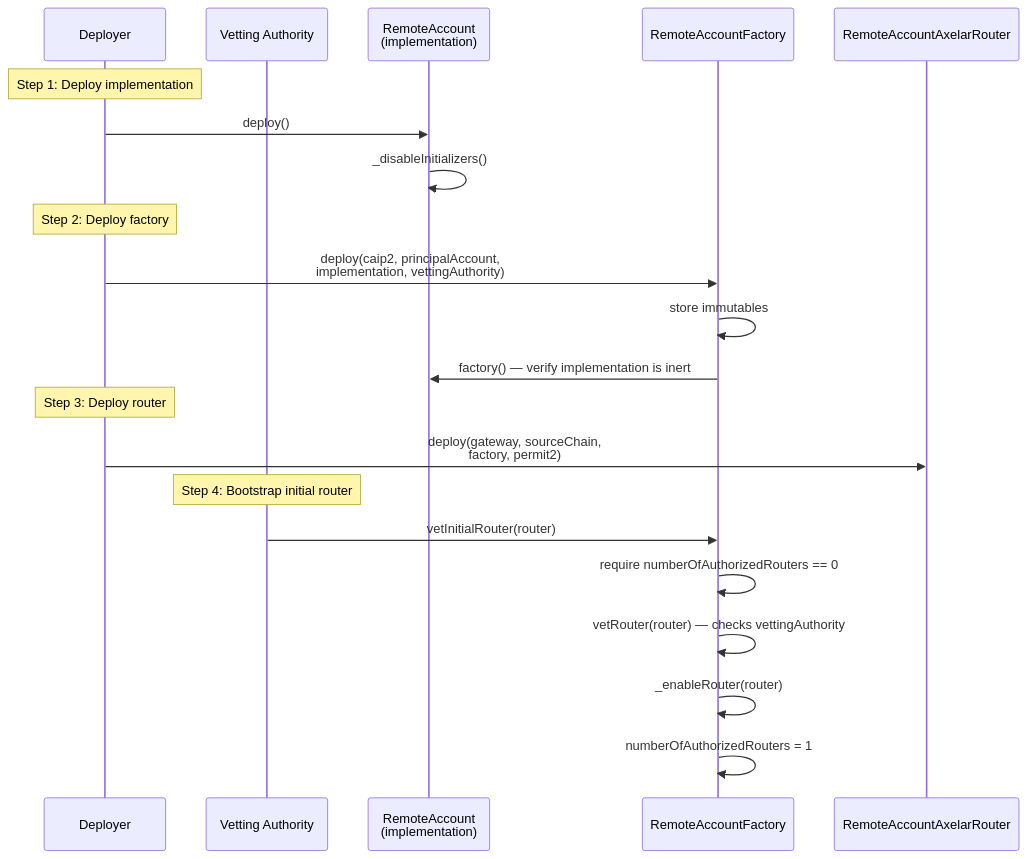
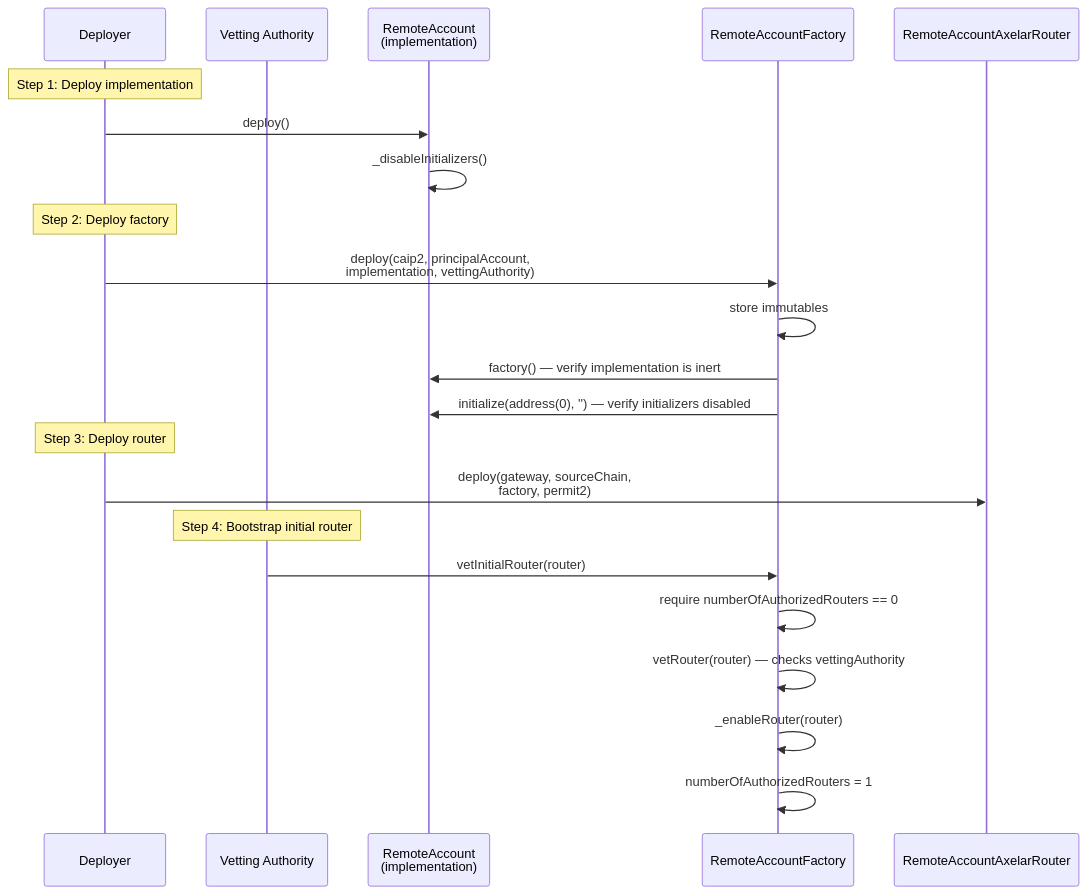
The seventh of 10 diagrams in packages/axelar-local-dev-cosmos/src/contracts/design.md (agoric-labs/agoric-to-axelar-local), drawn with Mermaid before and after one commit. The commit also changed other lines of this file, not shown here.

````diff
--- a/packages/axelar-local-dev-cosmos/src/contracts/design.md
+++ b/packages/axelar-local-dev-cosmos/src/contracts/design.md
@@ -483,27 +500,28 @@
 ```mermaid
 sequenceDiagram
     participant D as Deployer
     participant V as Vetting Authority
     participant RA_IMPL as RemoteAccount<br/>(implementation)
     participant RAF as RemoteAccountFactory
     participant R as RemoteAccountAxelarRouter
 
     Note over D: Step 1: Deploy implementation
     D->>RA_IMPL: deploy()
     RA_IMPL->>RA_IMPL: _disableInitializers()
 
     Note over D: Step 2: Deploy factory
     D->>RAF: deploy(caip2, principalAccount,<br>implementation, vettingAuthority)
     RAF->>RAF: store immutables
     RAF->>RA_IMPL: factory() — verify implementation is inert
+    RAF->>RA_IMPL: initialize(address(0), '') — verify initializers disabled
 
     Note over D: Step 3: Deploy router
     D->>R: deploy(gateway, sourceChain,<br>factory, permit2)
 
     Note over V: Step 4: Bootstrap initial router
     V->>RAF: vetInitialRouter(router)
     RAF->>RAF: require numberOfAuthorizedRouters == 0
     RAF->>RAF: vetRouter(router) — checks vettingAuthority
     RAF->>RAF: _enableRouter(router)
     RAF->>RAF: numberOfAuthorizedRouters = 1
 ```
````
